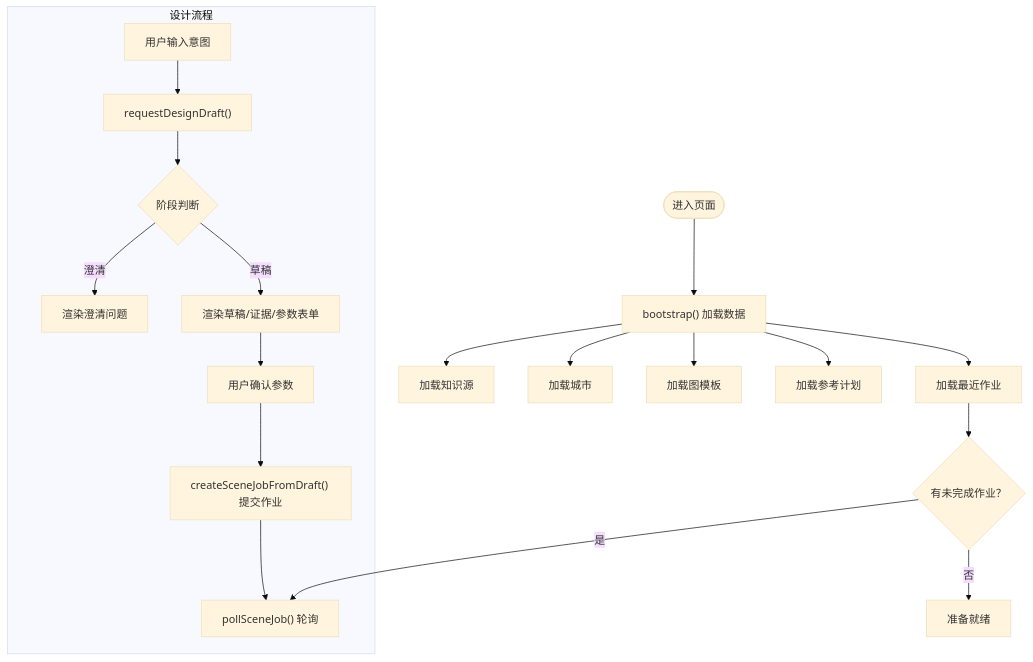
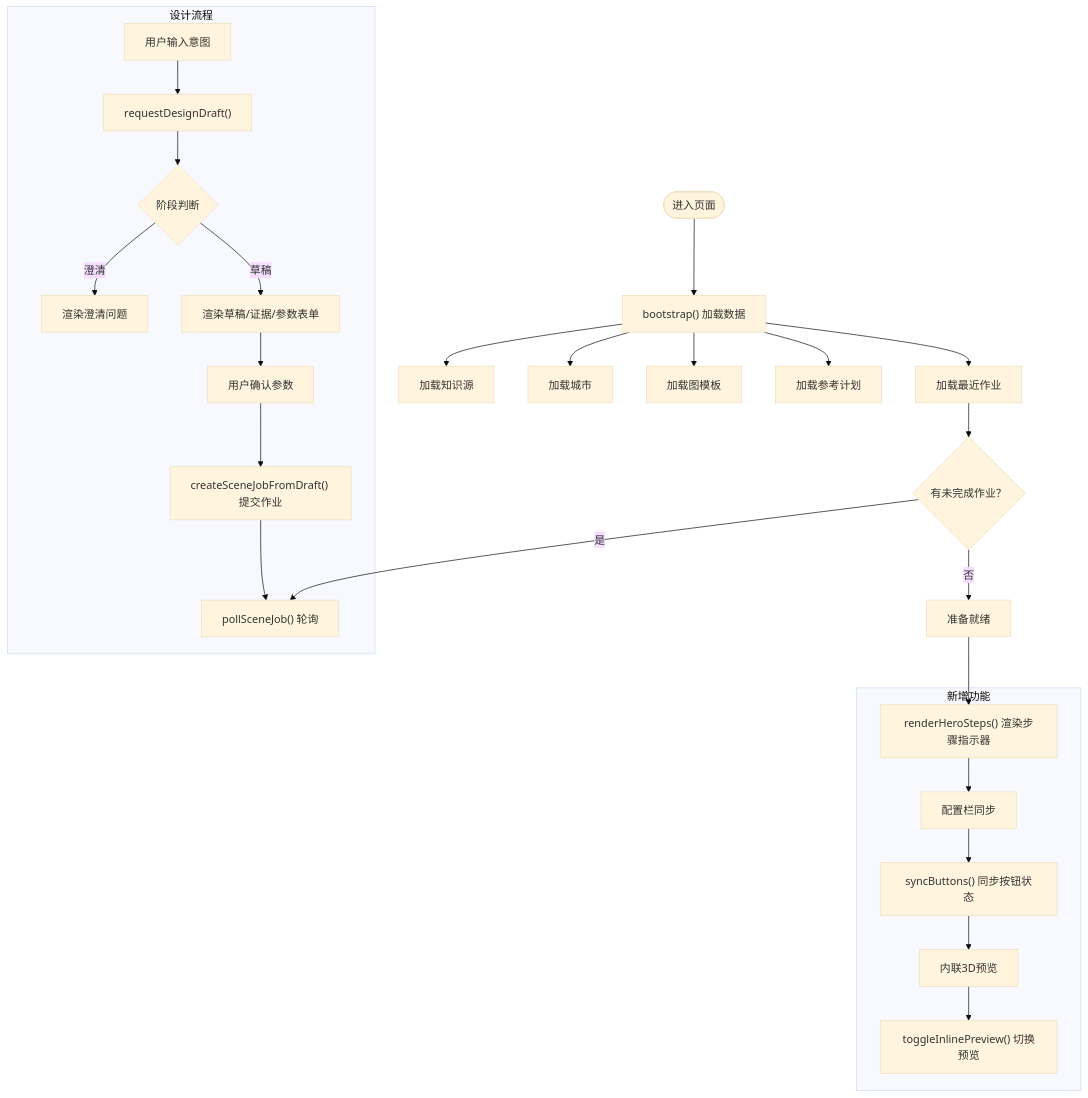
One commit to wsqstar/RoadGen3D changed the third of 4 diagrams in .qoder/repowiki/zh/content/Web界面系统/工作台界面/工作台界面.md. Above: the diagram before and after it, drawn with Mermaid (base theme). The commit also changed other lines of this file and 5 other files, not shown here.

First line of the commit message:
feat(workbench): add hero chip steps and inline 3D preview features

````diff
--- a/.qoder/repowiki/zh/content/Web界面系统/工作台界面/工作台界面.md
+++ b/.qoder/repowiki/zh/content/Web界面系统/工作台界面/工作台界面.md
@@ -164,21 +177,28 @@
 ```mermaid
 flowchart TD
 Start(["进入页面"]) --> Boot["bootstrap() 加载数据"]
 Boot --> LoadKS["加载知识源"]
 Boot --> LoadCities["加载城市"]
 Boot --> LoadTemplates["加载图模板"]
 Boot --> LoadRefs["加载参考计划"]
 Boot --> LoadJobs["加载最近作业"]
 LoadJobs --> HasJob{"有未完成作业？"}
 HasJob --> |是| Poll["pollSceneJob() 轮询"]
 HasJob --> |否| Ready["准备就绪"]
+Ready --> HeroSteps["renderHeroSteps() 渲染步骤指示器"]
 subgraph "设计流程"
 UInput["用户输入意图"] --> Draft["requestDesignDraft()"]
 Draft --> Stage{"阶段判断"}
 Stage --> |澄清| Clarify["渲染澄清问题"]
 Stage --> |草稿| RenderDraft["渲染草稿/证据/参数表单"]
 RenderDraft --> Confirm["用户确认参数"]
 Confirm --> Submit["createSceneJobFromDraft() 提交作业"]
 Submit --> Poll
 end
+subgraph "新增功能"
+HeroSteps --> ConfigBar["配置栏同步"]
+ConfigBar --> SyncBtns["syncButtons() 同步按钮状态"]
+SyncBtns --> InlinePreview["内联3D预览"]
+InlinePreview --> TogglePreview["toggleInlinePreview() 切换预览"]
+end
 ```
````
